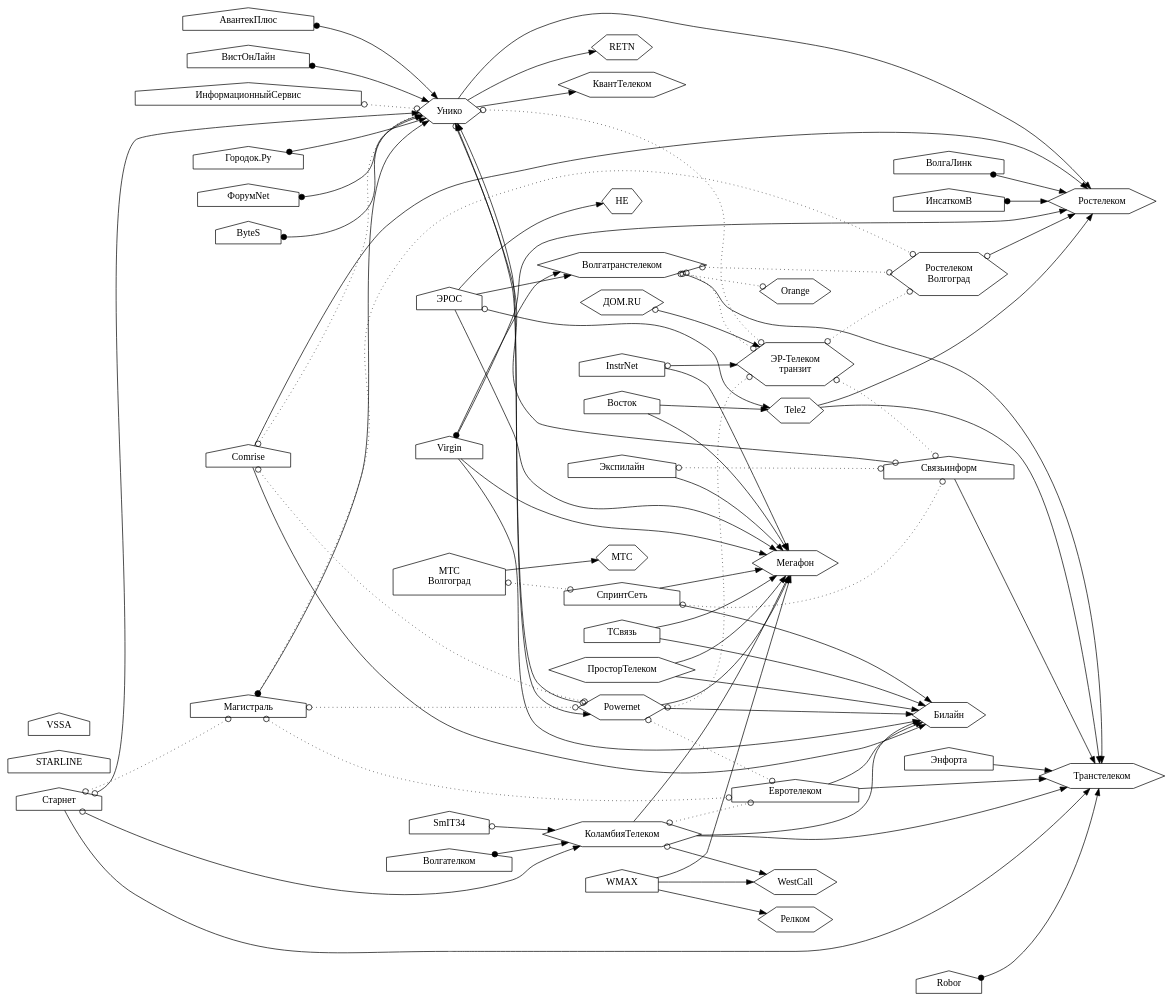
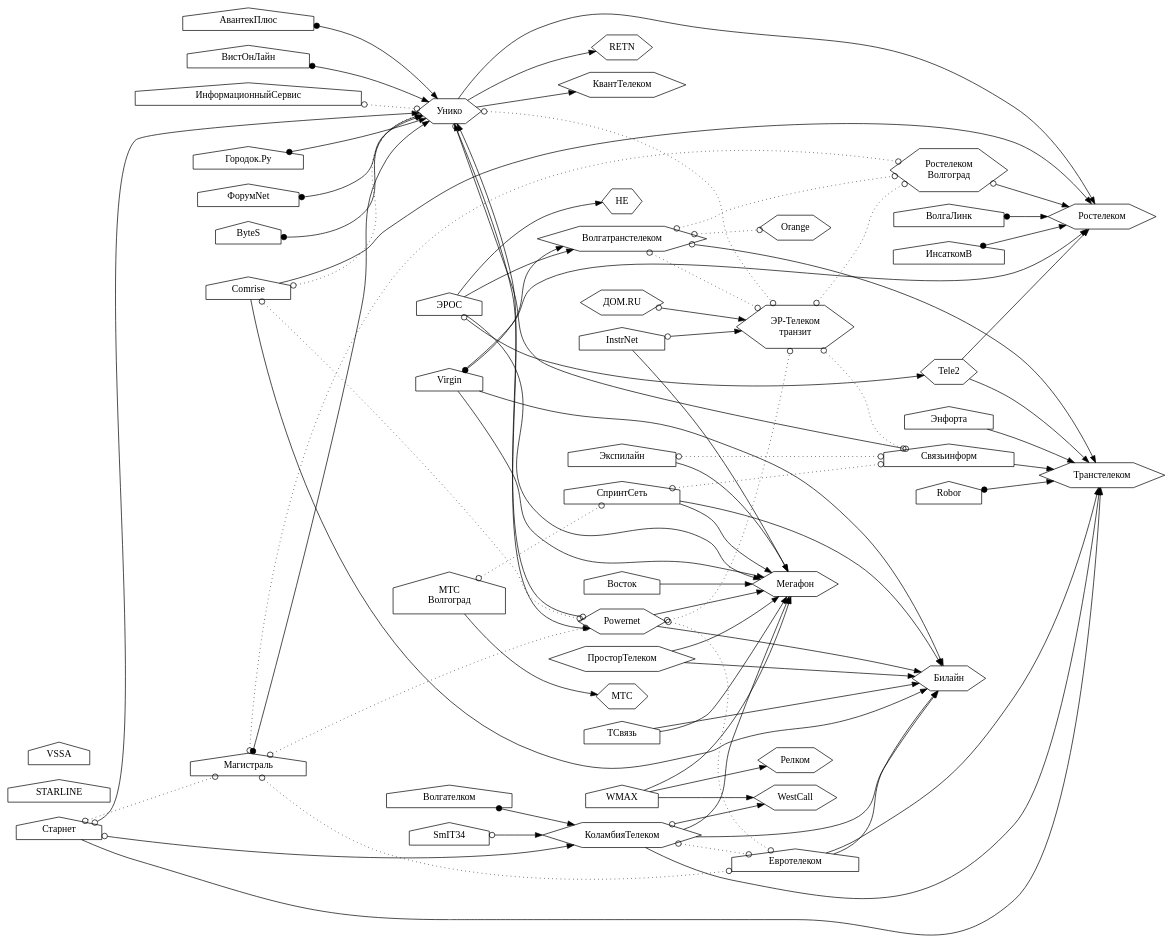
The diagram in static/links/links.dot (Urlandi/elsv-v.ru), drawn with Graphviz before and after one commit. The commit also changed 1 other file, not shown here.

Commit message:
Восток

```diff
--- a/static/links/links.dot
+++ b/static/links/links.dot
@@ -1,189 +1,188 @@
 digraph ispgraph {
 
 rankdir = LR;
 node [shape=house;];
 
 Унико, ДомРу, ЭрТелеком, Транстелеком, Волгатранстелеком, Релком [shape=hexagon;];
 Мегафон, Вымпелком, КоламбияТелеком, Ростелеком, HE, КвантТелеком [shape=hexagon;];
 Tele2, МТС, ЮТК, Orange, ПросторТелеком, WestCall, Powernet, RETN [shape=hexagon;];
 
 ДомРу [label="ДОМ.RU"];
 ЭрТелеком [label="ЭР-Телеком\nтранзит"];
 МКС [label="МТС\nВолгоград"];
 ЮТК [label="Ростелеком\nВолгоград"];
 Вымпелком [label="Билайн"];
 ГородокТочкаРу [label="Городок.Ру"];
 
 subgraph backbone {/*Собственная опорная сеть*/
 Транстелеком;
 Мегафон;
 Вымпелком;
 Ростелеком;
 HE;
 МТС;
 Orange;
 ЭрТелеком;
 WestCall;
 };
 
 subgraph Ростелеком {/*Провайдеры члены Ростелеком*/
 Ростелеком;
 ЮТК;
 };
 
 subgraph ЭрТелекомХолдинг {/*ЭР-Телеком*/
 ДомРу;
 ЭрТелеком;
 };
 
 subgraph WestCall {/*Провайдеры члены WestCall*/
 WestCall;
 КоламбияТелеком;
 };
 
 {/*Отсутствует информация о подключении*/
 STARLINE;
 VSSA;
 };
 
 
 {/*Магистральные связи*/
 
 Связьинформ -> Транстелеком;
 
 Tele2 -> Ростелеком;
 Tele2 -> Транстелеком;
 
 СпринтСеть -> Вымпелком;
 СпринтСеть -> Мегафон;
 
 Старнет -> Транстелеком;
 
 Экспилайн -> Мегафон;
 
 ЭРОС -> Волгатранстелеком;
 ЭРОС -> HE;
 ЭРОС -> Мегафон;
 
 Comrise -> Ростелеком;
 Comrise -> Вымпелком;
 
 МКС -> МТС;
 
 Powernet -> Мегафон;
 Powernet -> Вымпелком;
 
 Евротелеком -> Транстелеком;
 Евротелеком -> Вымпелком;
 
 КоламбияТелеком -> Транстелеком;
 КоламбияТелеком -> Вымпелком;
 КоламбияТелеком -> Мегафон;
 
 Virgin -> Вымпелком;
 Virgin -> Мегафон;
 Virgin -> Ростелеком;
 
 Унико -> Ростелеком;
 Унико -> RETN;
 Унико -> КвантТелеком;
 
 Энфорта -> Транстелеком;
 
 ПросторТелеком -> Вымпелком;
 ПросторТелеком -> Мегафон;
 
 WMAX -> Мегафон;
 WMAX -> WestCall;
 WMAX -> Релком;
 
 InstrNet -> Мегафон;
 
 ТСвязь -> Мегафон;
 ТСвязь -> Вымпелком;
 
 Восток -> Мегафон;
-Восток -> Tele2;
 
 {/*Пиринг с магистральным оператором*/
 edge [dir=both; arrowtail=odot;];
 
 Связьинформ -> Унико;
 
 Старнет -> КоламбияТелеком;
 Старнет -> Унико;
 
 ЭРОС -> Tele2;
 
 Powernet -> Унико;
 Унико -> Powernet;
 
 ЮТК -> Ростелеком;
 
 Волгатранстелеком -> Транстелеком;
 
 ДомРу -> ЭрТелеком;
 
 InstrNet -> ЭрТелеком;
 
 КоламбияТелеком -> WestCall;
 
 SmIT34 -> КоламбияТелеком;
 
 };
 
 {/*Маршрутизация на оборудовании магистрального оператора*/
 edge [dir=both; arrowtail=dot;];
 
 ВолгаЛинк -> Ростелеком;
 Волгателком -> КоламбияТелеком;
 ИнсаткомВ -> Ростелеком;
 Магистраль -> Унико;
 ГородокТочкаРу -> Унико;
 ФорумNet -> Унико;
 ByteS -> Унико;
 АвантекПлюс -> Унико;
 Robor -> Транстелеком;
 Virgin -> Волгатранстелеком;
 ВистОнЛайн -> Унико;
 };
 
 };
 
 {/*Пиринг*/
 
 edge [dir=both; arrowhead=odot; arrowtail=odot; style=dotted;];
 
 СпринтСеть -> Связьинформ;
 МКС -> СпринтСеть;
 
 Старнет -> Магистраль;
 
 Экспилайн -> Связьинформ;
 
 Comrise -> Унико;
 Comrise -> Powernet;
 
 Powernet -> ЭрТелеком;
 Powernet -> Евротелеком;
 
 КоламбияТелеком -> Евротелеком;
 
 Магистраль -> Powernet;
 Магистраль -> ЮТК;
 Магистраль -> Евротелеком;
 
 Унико -> ЭрТелеком;
 
 ИнформационныйСервис -> Унико;
 
 Волгатранстелеком -> ЮТК;
 Волгатранстелеком -> ЭрТелеком;
 Волгатранстелеком -> Orange;
 
 ЭрТелеком -> ЮТК;
 ЭрТелеком -> Связьинформ;
 
 };
 
 }
```
